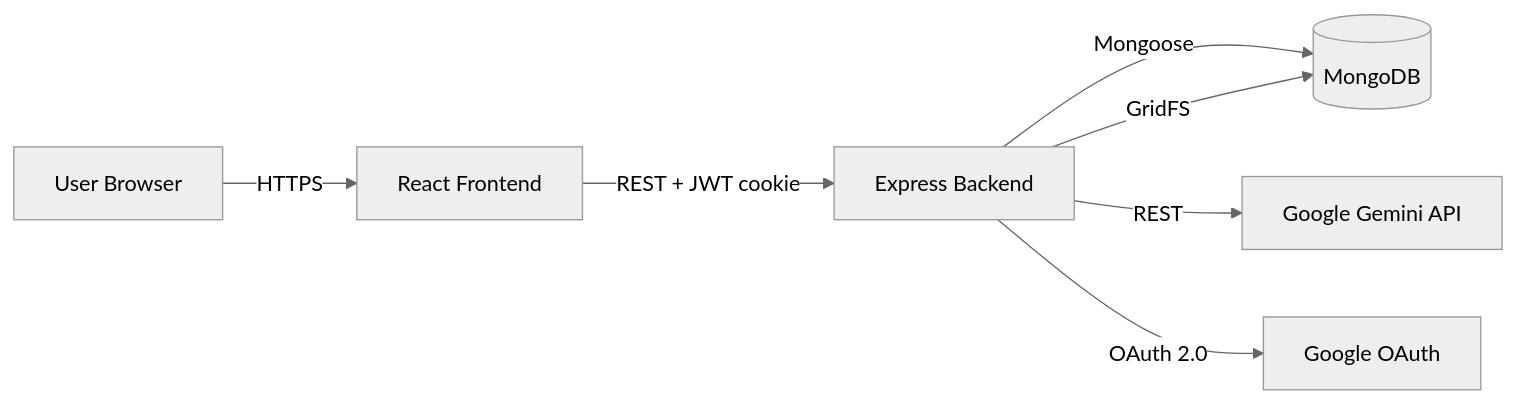
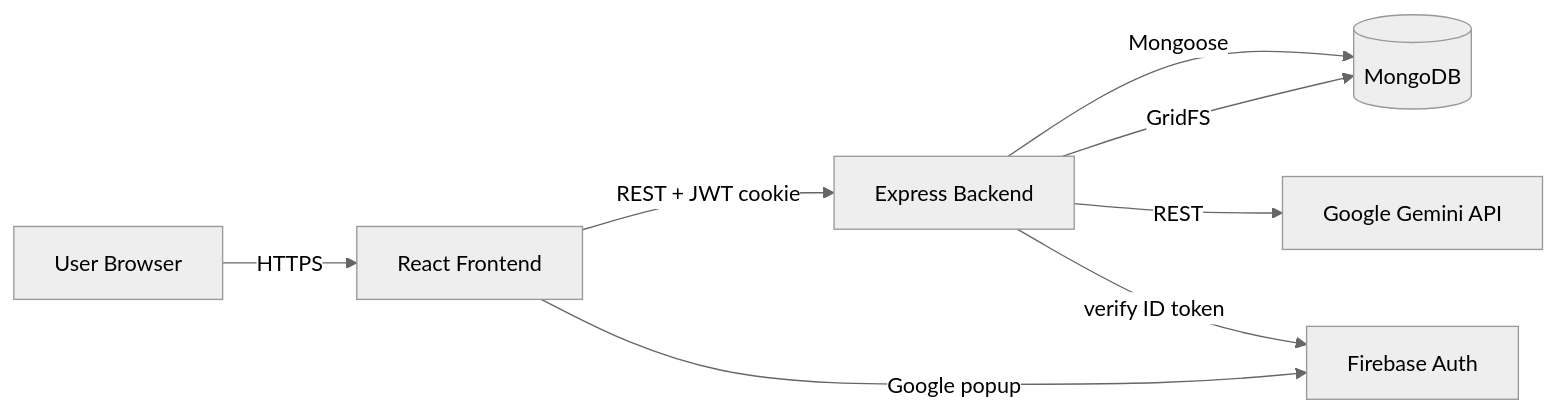
One commit to Gouri1504/file-to-text-extractor changed the first of 3 diagrams in README.md. Above: the diagram before and after it, drawn with Mermaid (neutral theme). The commit also changed other lines of this file and 51 other files, not shown here.

````diff
--- a/README.md
+++ b/README.md
@@ -17,9 +17,10 @@
 ```mermaid
 flowchart LR
     user[User Browser] -->|HTTPS| fe[React Frontend]
     fe -->|"REST + JWT cookie"| be[Express Backend]
     be -->|Mongoose| db[(MongoDB)]
     be -->|GridFS| db
     be -->|REST| gemini[Google Gemini API]
-    be -->|OAuth 2.0| google[Google OAuth]
+    fe -->|Google popup| firebase[Firebase Auth]
+    be -->|verify ID token| firebase
 ```
````
